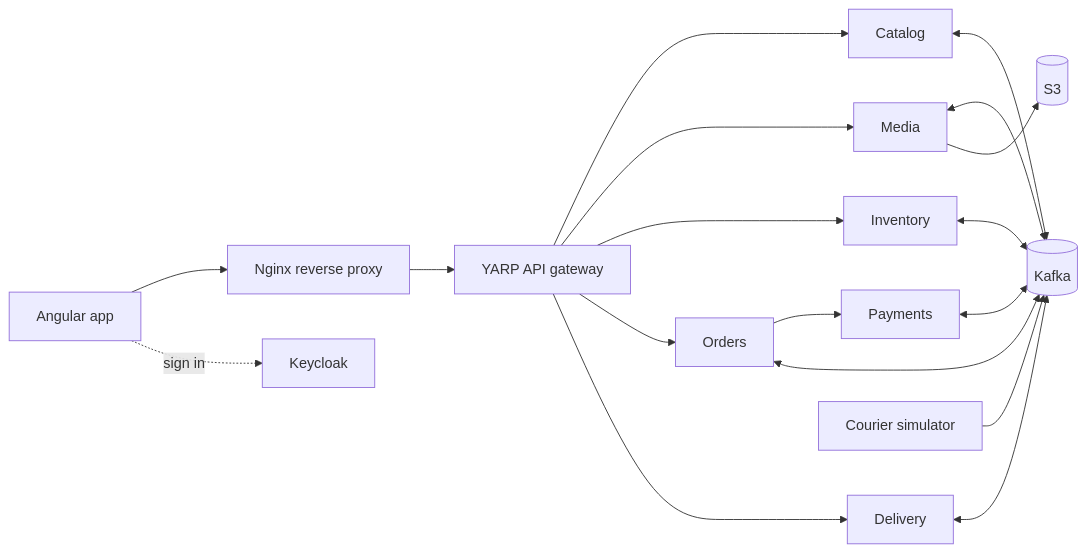
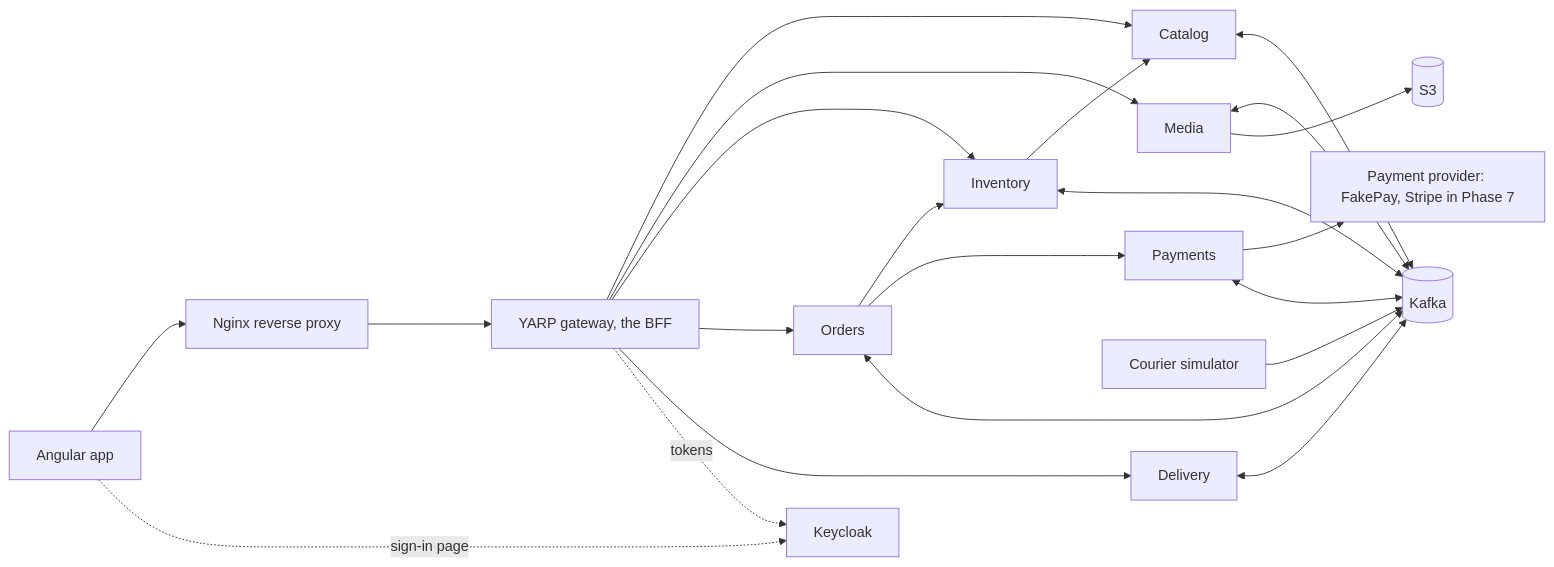
The diagram in README.md (infinitywalletwar/newstore), drawn with Mermaid before and after one commit. The commit also changed other lines of this file and 3 other files, not shown here.

````diff
--- a/README.md
+++ b/README.md
@@ -126,11 +133,14 @@
 ```mermaid
 flowchart LR
     Browser[Angular app] --> Nginx[Nginx reverse proxy]
-    Nginx --> Gateway[YARP API gateway]
+    Nginx --> Gateway[YARP gateway, the BFF]
     Gateway --> Catalog & Media & Inventory & Orders & Delivery
-    Orders --> Payments
-    Browser -. sign in .-> Keycloak
+    Orders --> Inventory & Payments
+    Inventory --> Catalog
+    Payments --> Provider[Payment provider: FakePay, Stripe in Phase 7]
+    Browser -. sign-in page .-> Keycloak
+    Gateway -. tokens .-> Keycloak
     Catalog & Media & Inventory & Orders & Payments & Delivery <--> Kafka[(Kafka)]
     Courier[Courier simulator] --> Kafka
     Media --> S3[(S3)]
 ```
````
